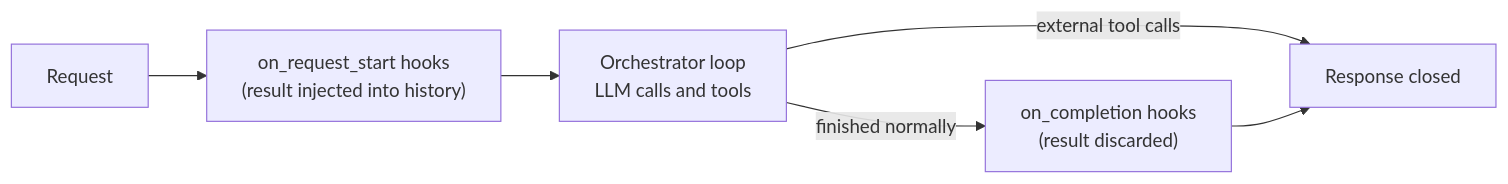
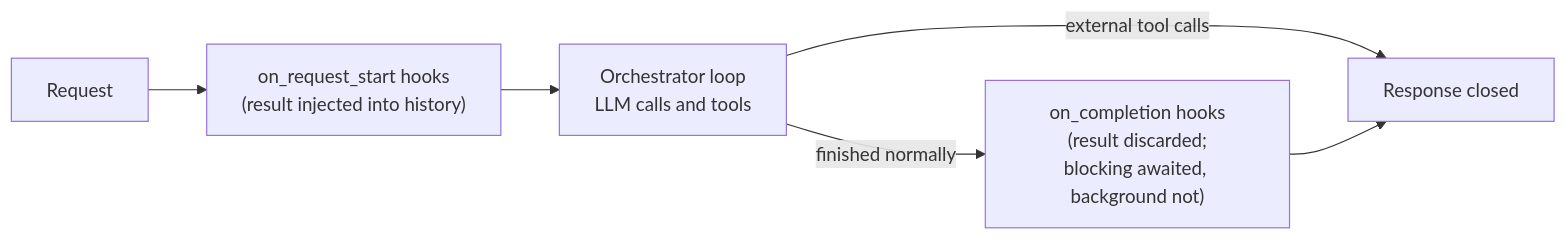
The diagram in docs/hooks.md (epam/ai-dial-quickapps-backend), drawn with Mermaid before and after one commit. The commit also changed other lines of this file and 31 other files, not shown here.

````diff
--- a/docs/hooks.md
+++ b/docs/hooks.md
@@ -10,8 +10,8 @@
 ```mermaid
 flowchart LR
     A[Request] --> B["on_request_start hooks<br/>(result injected into history)"]
     B --> C[Orchestrator loop<br/>LLM calls and tools]
-    C -->|finished normally| D["on_completion hooks<br/>(result discarded)"]
+    C -->|finished normally| D["on_completion hooks<br/>(result discarded;<br/>blocking awaited, background not)"]
     C -->|external tool calls| E[Response closed]
     D --> E
 ```
````
